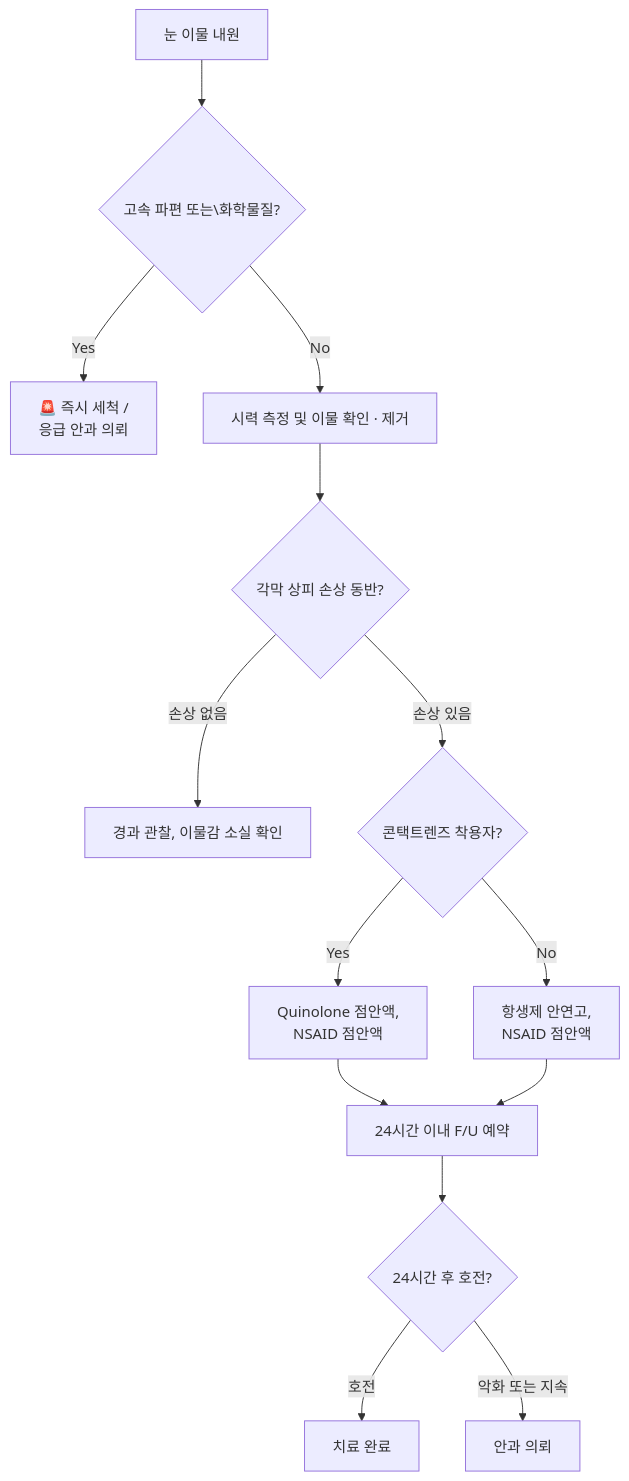
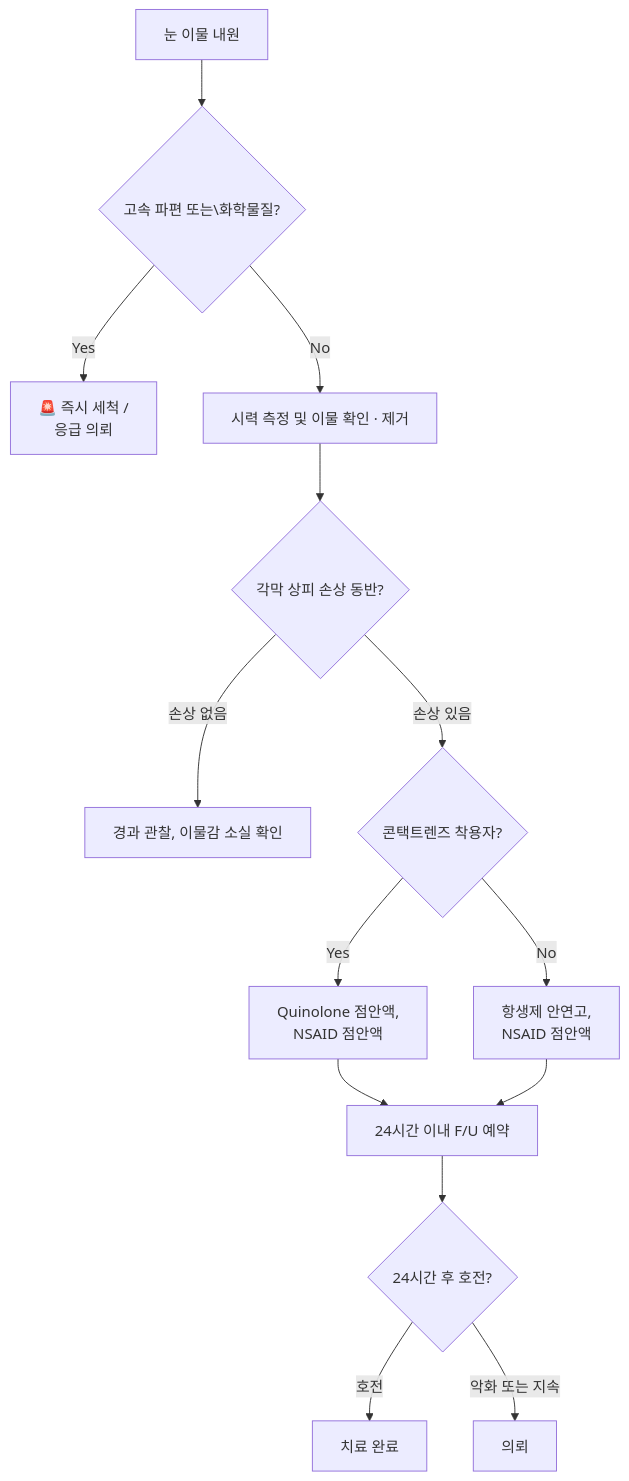
Before and after one commit to familyoh77/familyoh77: the diagram in 222_/045_-foreign-body-in-the-eye.md, drawn with Mermaid. The commit also changed other lines of this file, not shown here.

````diff
--- a/222_/045_-foreign-body-in-the-eye.md
+++ b/222_/045_-foreign-body-in-the-eye.md
@@ -42,18 +42,18 @@
 ```mermaid
 graph TD
     A[눈 이물 내원] --> B{고속 파편 또는\화학물질?}
     B -- Yes --> C[🚨 즉시 세척 / 
-응급 안과 의뢰]
+응급 의뢰]
     B -- No --> D[시력 측정 및 이물 확인 · 제거]
     D --> E{각막 상피 손상 동반?}
     E -- 손상 없음 --> F[경과 관찰, 이물감 소실 확인]
     E -- 손상 있음 --> G{콘택트렌즈 착용자?}
     G -- Yes --> H[Quinolone 점안액, 
 NSAID 점안액]
     G -- No --> I[항생제 안연고, 
 NSAID 점안액]
     H & I --> J[24시간 이내 F/U 예약]
     J --> K{24시간 후 호전?}
     K -- 호전 --> L[치료 완료]
-    K -- 악화 또는 지속 --> M[안과 의뢰]
+    K -- 악화 또는 지속 --> M[의뢰]
 ```
````
